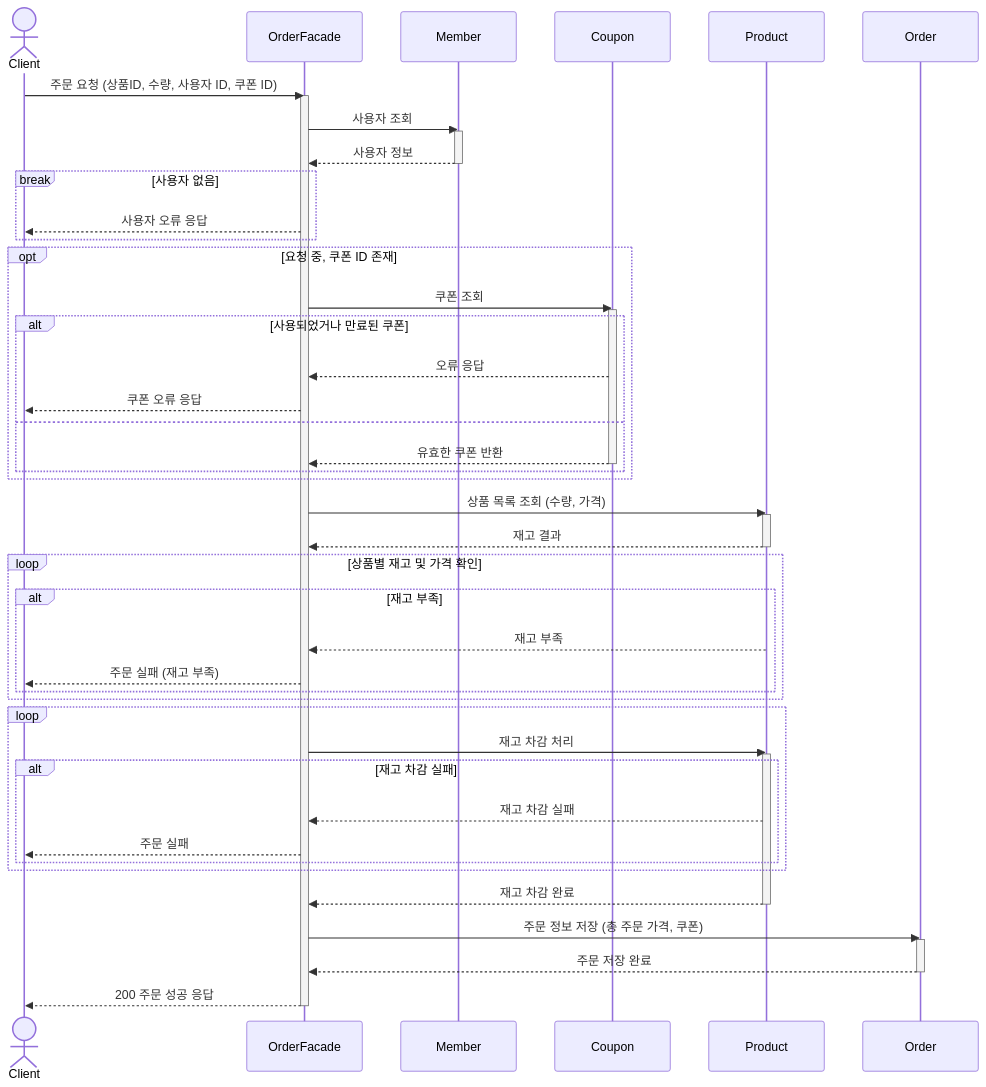
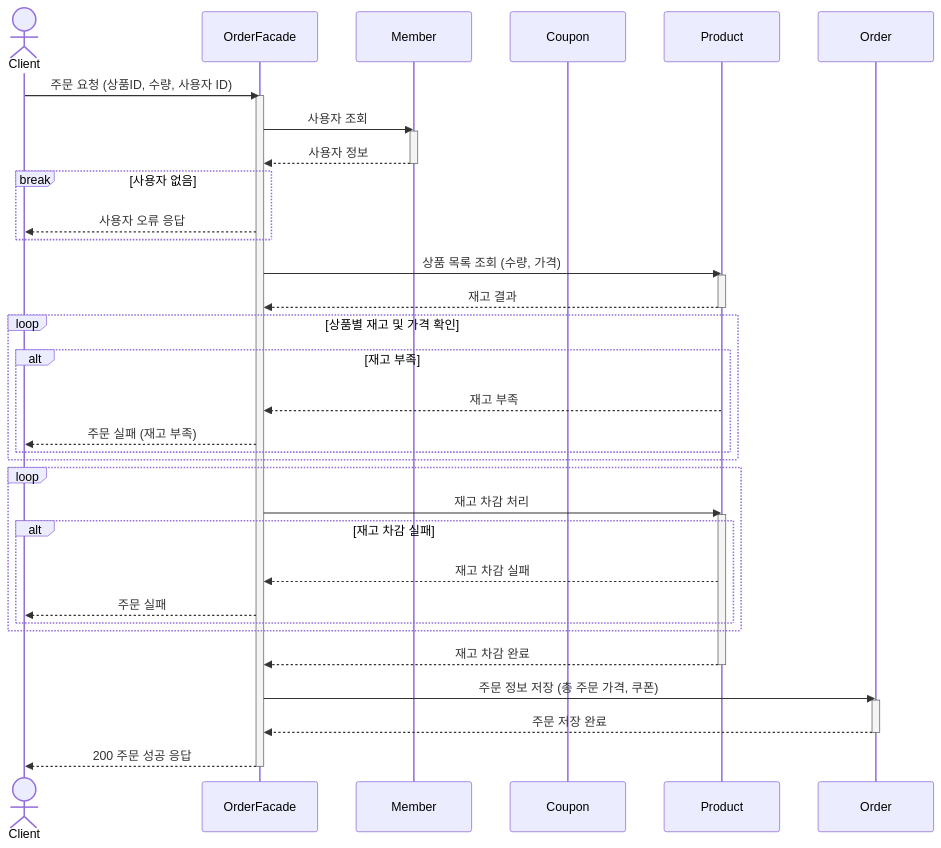
The diagram in docs/diagram/sequence/OrderSequence.md (hjlee5701/e-commerce), drawn with Mermaid before and after one commit. The commit also changed 4 other files, not shown here.

````diff
--- a/docs/diagram/sequence/OrderSequence.md
+++ b/docs/diagram/sequence/OrderSequence.md
@@ -2,61 +2,50 @@
 ```mermaid
 sequenceDiagram
     actor Client
     participant OrderFacade
     participant Member
     participant Coupon
     participant Product
     participant Order
 
-    Client->>OrderFacade: 주문 요청 (상품ID, 수량, 사용자 ID, 쿠폰 ID)
+    Client->>OrderFacade: 주문 요청 (상품ID, 수량, 사용자 ID)
     activate OrderFacade
 
     OrderFacade->>Member: 사용자 조회
     activate Member
     Member-->>OrderFacade: 사용자 정보
     deactivate Member
     break 사용자 없음
         OrderFacade-->>Client: 사용자 오류 응답
-    end
-    opt 요청 중, 쿠폰 ID 존재
-        OrderFacade->>Coupon: 쿠폰 조회
-        activate Coupon
-        alt 사용되었거나 만료된 쿠폰
-            Coupon-->>OrderFacade: 오류 응답
-            OrderFacade-->>Client: 쿠폰 오류 응답
-        else
-            Coupon-->>OrderFacade: 유효한 쿠폰 반환
-            deactivate Coupon
-        end
     end
 
     OrderFacade->>Product: 상품 목록 조회 (수량, 가격)
     activate Product
     Product-->>OrderFacade: 재고 결과
     deactivate Product
 
     loop 상품별 재고 및 가격 확인
         alt 재고 부족
             Product-->>OrderFacade: 재고 부족
             OrderFacade -->> Client : 주문 실패 (재고 부족)
         end
     end
     loop
         OrderFacade->>Product: 재고 차감 처리
         activate Product
         alt 재고 차감 실패
             Product -->> OrderFacade : 재고 차감 실패
             OrderFacade -->> Client : 주문 실패
         end
     end
     Product-->>OrderFacade: 재고 차감 완료
     deactivate Product
 
     OrderFacade->>Order: 주문 정보 저장 (총 주문 가격, 쿠폰)
     activate Order
     Order-->>OrderFacade: 주문 저장 완료
     deactivate Order
     OrderFacade -->> Client : 200 주문 성공 응답
     deactivate OrderFacade
 
 ```
````
